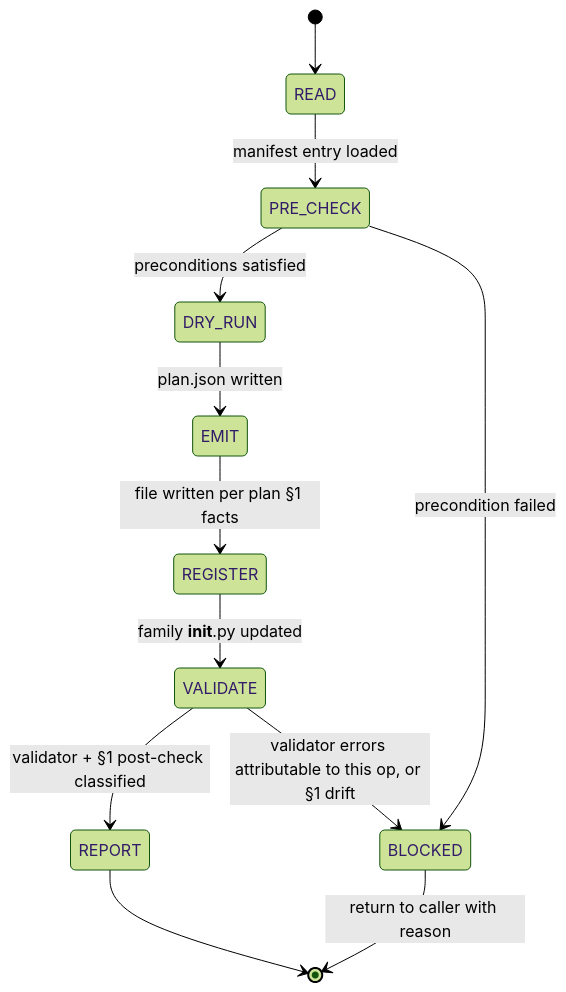
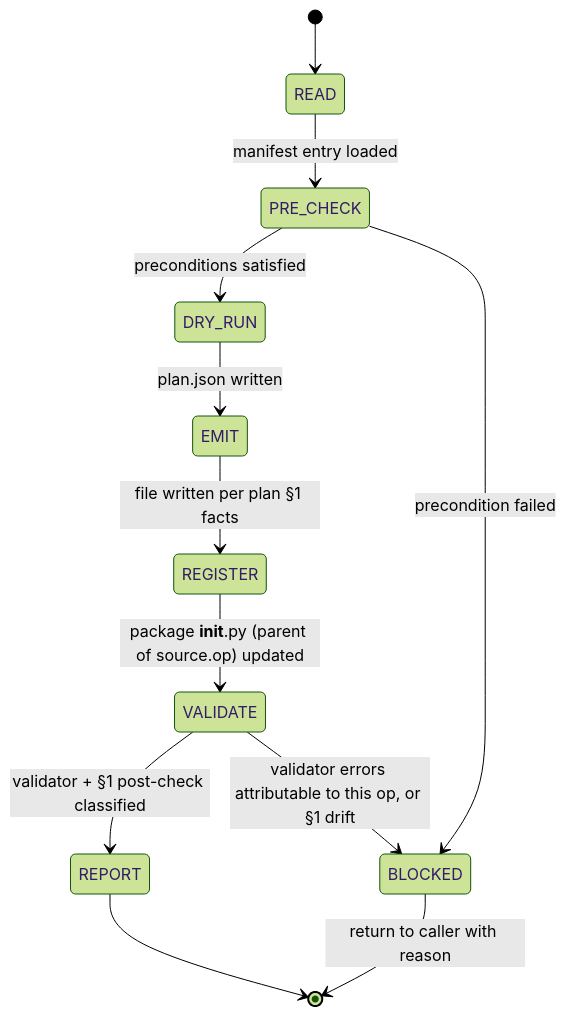
One commit to tile-ai/TileOPs changed the diagram in .claude/skills/op-scaffold/SKILL.md. Above: the diagram before and after it, drawn with Mermaid (forest theme). The commit also changed other lines of this file, not shown here.

````diff
--- a/.claude/skills/op-scaffold/SKILL.md
+++ b/.claude/skills/op-scaffold/SKILL.md
@@ -25,14 +25,14 @@
 ```mermaid
 stateDiagram-v2
     [*] --> READ
     READ --> PRE_CHECK: manifest entry loaded
     PRE_CHECK --> DRY_RUN: preconditions satisfied
     PRE_CHECK --> BLOCKED: precondition failed
     DRY_RUN --> EMIT: plan.json written
     EMIT --> REGISTER: file written per plan §1 facts
-    REGISTER --> VALIDATE: family __init__.py updated
+    REGISTER --> VALIDATE: package __init__.py (parent of source.op) updated
     VALIDATE --> REPORT: validator + §1 post-check classified
     VALIDATE --> BLOCKED: validator errors attributable to this op, or §1 drift
     REPORT --> [*]
     BLOCKED --> [*]: return to caller with reason
 ```
````
